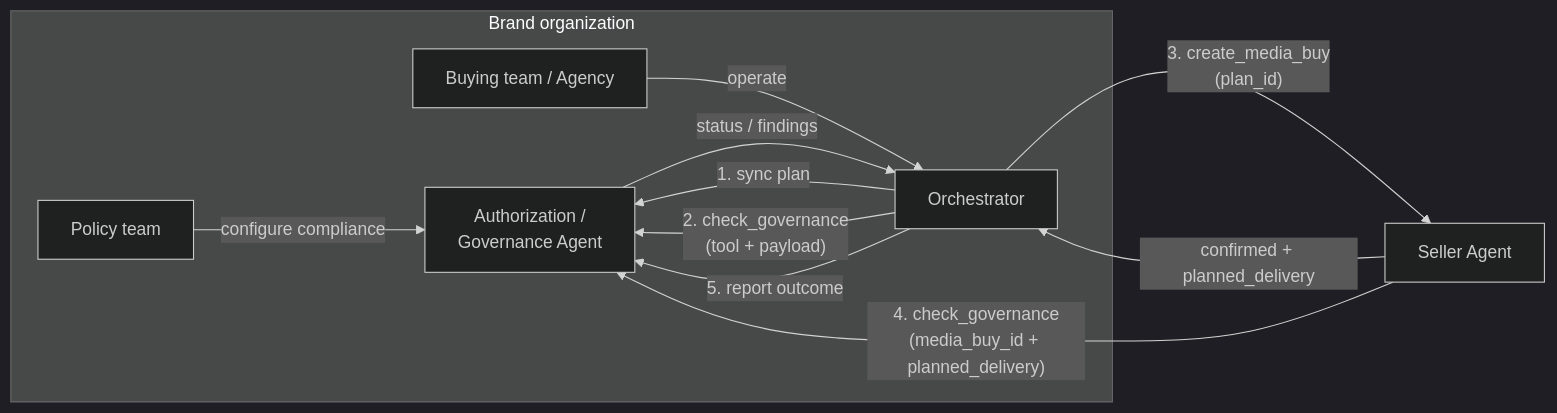
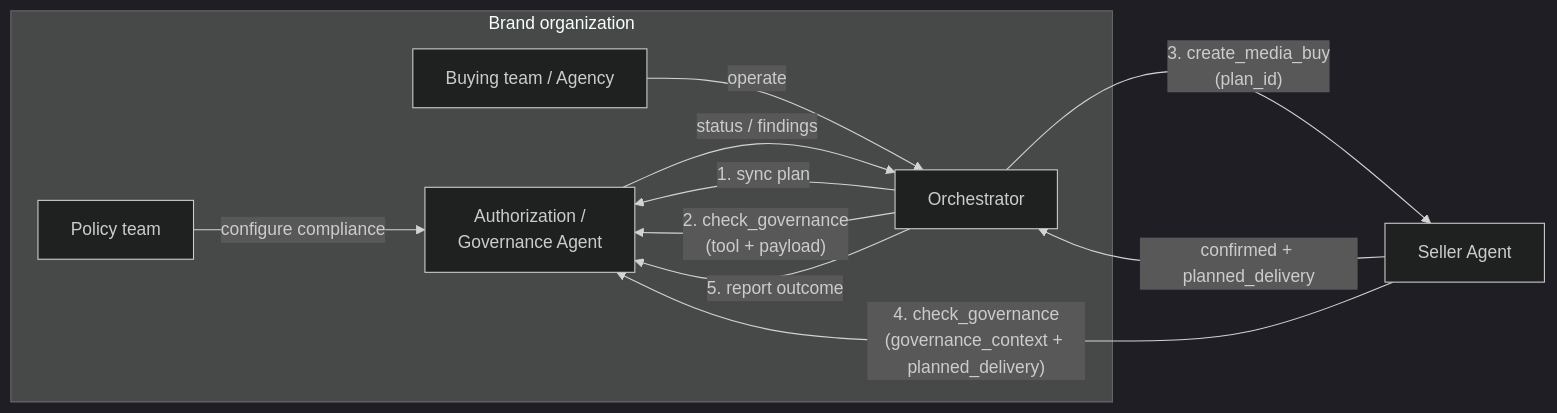
Before and after one commit to adcontextprotocol/adcp: the diagram in docs/governance/campaign/index.mdx, drawn with Mermaid (dark theme). The commit also changed other lines of this file and 5 other files, not shown here.

First line of the commit message:
docs: replace stale media_buy_id references with governance_context

````diff
--- a/docs/governance/campaign/index.mdx
+++ b/docs/governance/campaign/index.mdx
@@ -49,19 +49,19 @@
 ```mermaid
 flowchart LR
     subgraph brand["Brand organization"]
         policy["Policy team"]
         buying["Buying team / Agency"]
         orchestrator["Orchestrator"]
         gov["Authorization /<br/>Governance Agent"]
         policy -->|"configure compliance"| gov
         buying -->|"operate"| orchestrator
         orchestrator -->|"1. sync plan"| gov
         orchestrator -->|"2. check_governance<br/>(tool + payload)"| gov
         orchestrator -->|"5. report outcome"| gov
         gov -->|"status / findings"| orchestrator
     end
 
     orchestrator -->|"3. create_media_buy<br/>(plan_id)"| seller["Seller Agent"]
-    seller -->|"4. check_governance<br/>(media_buy_id + planned_delivery)"| gov
+    seller -->|"4. check_governance<br/>(governance_context + planned_delivery)"| gov
     seller -->|"confirmed + planned_delivery"| orchestrator
 ```
````
